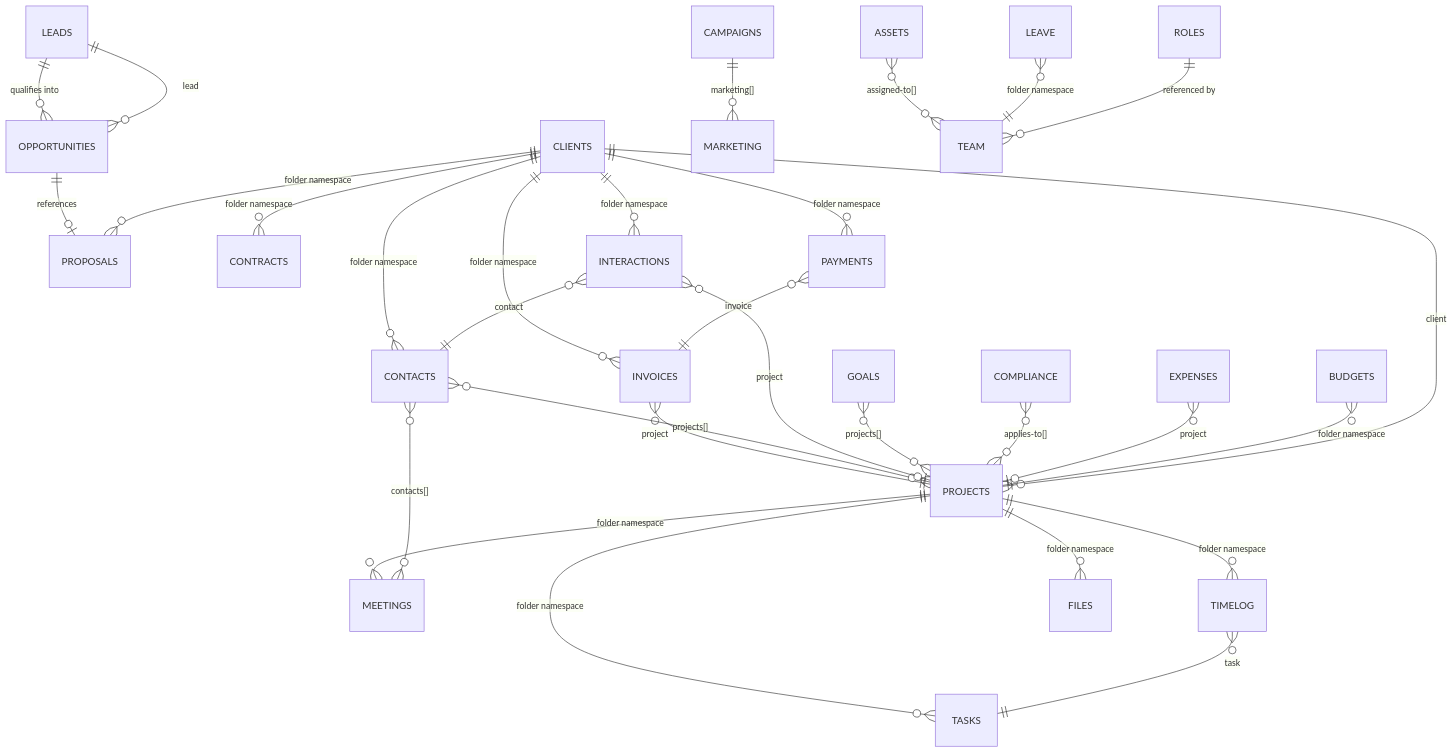
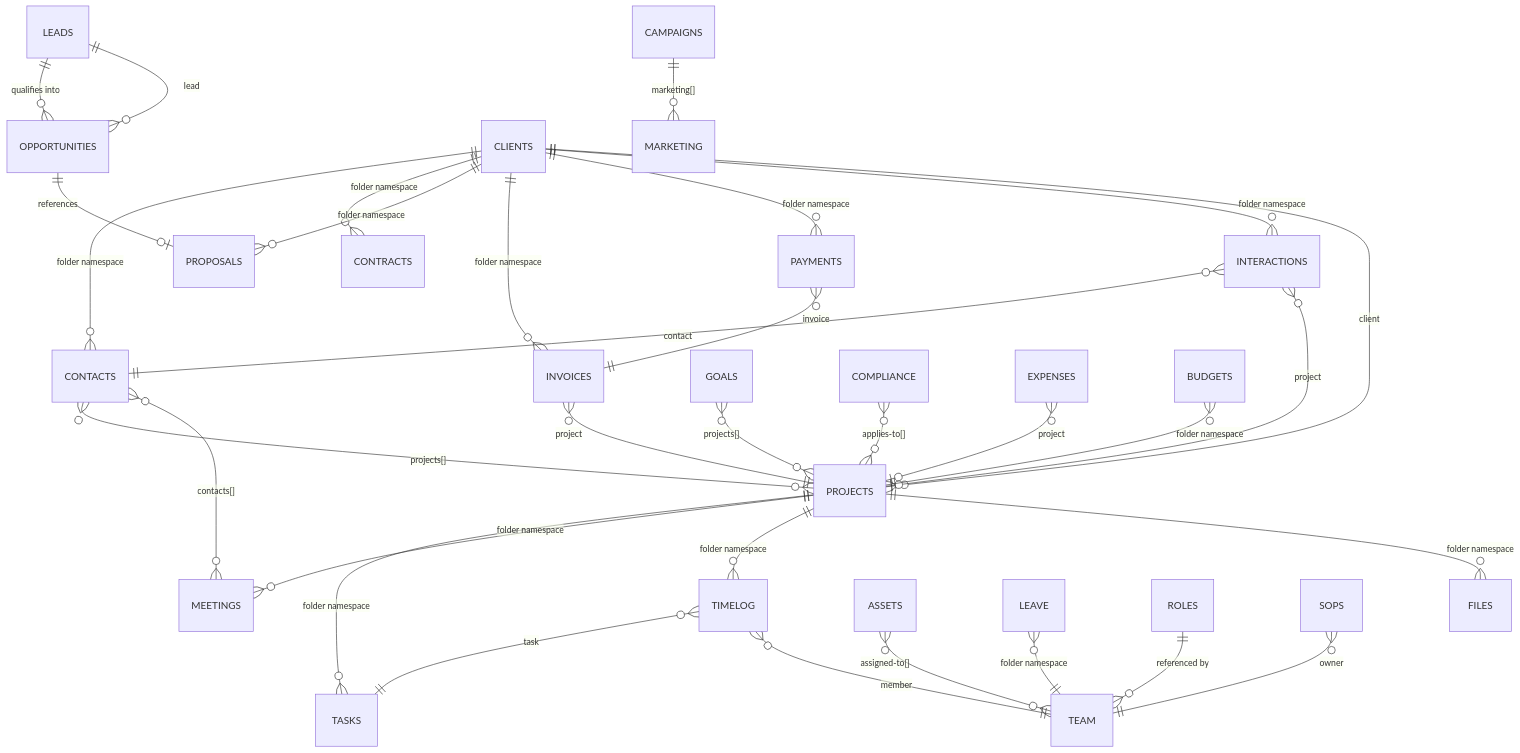
One commit to mayknxyz/my-buddy changed the diagram in docs/entity-relationships.md. Above: the diagram before and after it, drawn with Mermaid. The commit also changed other lines of this file and 2 other files, not shown here.

````diff
--- a/docs/entity-relationships.md
+++ b/docs/entity-relationships.md
@@ -6,32 +6,34 @@
 ```mermaid
 erDiagram
     LEADS ||--o{ OPPORTUNITIES : "qualifies into"
     OPPORTUNITIES ||--o| PROPOSALS : "references"
     OPPORTUNITIES }o--|| LEADS : "lead"
     CLIENTS ||--o{ CONTACTS : "folder namespace"
     CLIENTS ||--o{ CONTRACTS : "folder namespace"
     CLIENTS ||--o{ PROPOSALS : "folder namespace"
     CLIENTS ||--o{ INVOICES : "folder namespace"
     CLIENTS ||--o{ PAYMENTS : "folder namespace"
     CLIENTS ||--o{ INTERACTIONS : "folder namespace"
     PROJECTS ||--o{ TASKS : "folder namespace"
     PROJECTS ||--o{ MEETINGS : "folder namespace"
     PROJECTS ||--o{ TIMELOG : "folder namespace"
     PROJECTS ||--o{ FILES : "folder namespace"
     PROJECTS }o--|| CLIENTS : "client"
     INVOICES }o--|| PROJECTS : "project"
     PAYMENTS }o--|| INVOICES : "invoice"
     TIMELOG }o--|| TASKS : "task"
     MEETINGS }o--o{ CONTACTS : "contacts[]"
     CONTACTS }o--o{ PROJECTS : "projects[]"
     INTERACTIONS }o--|| CONTACTS : "contact"
     INTERACTIONS }o--o| PROJECTS : "project"
     GOALS }o--o{ PROJECTS : "projects[]"
     COMPLIANCE }o--o{ PROJECTS : "applies-to[]"
     CAMPAIGNS ||--o{ MARKETING : "marketing[]"
     ASSETS }o--o{ TEAM : "assigned-to[]"
     LEAVE }o--|| TEAM : "folder namespace"
     ROLES ||--o{ TEAM : "referenced by"
     EXPENSES }o--o| PROJECTS : "project"
     BUDGETS }o--|| PROJECTS : "folder namespace"
+    SOPS }o--|| TEAM : "owner"
+    TIMELOG }o--|| TEAM : "member"
 ```
````
